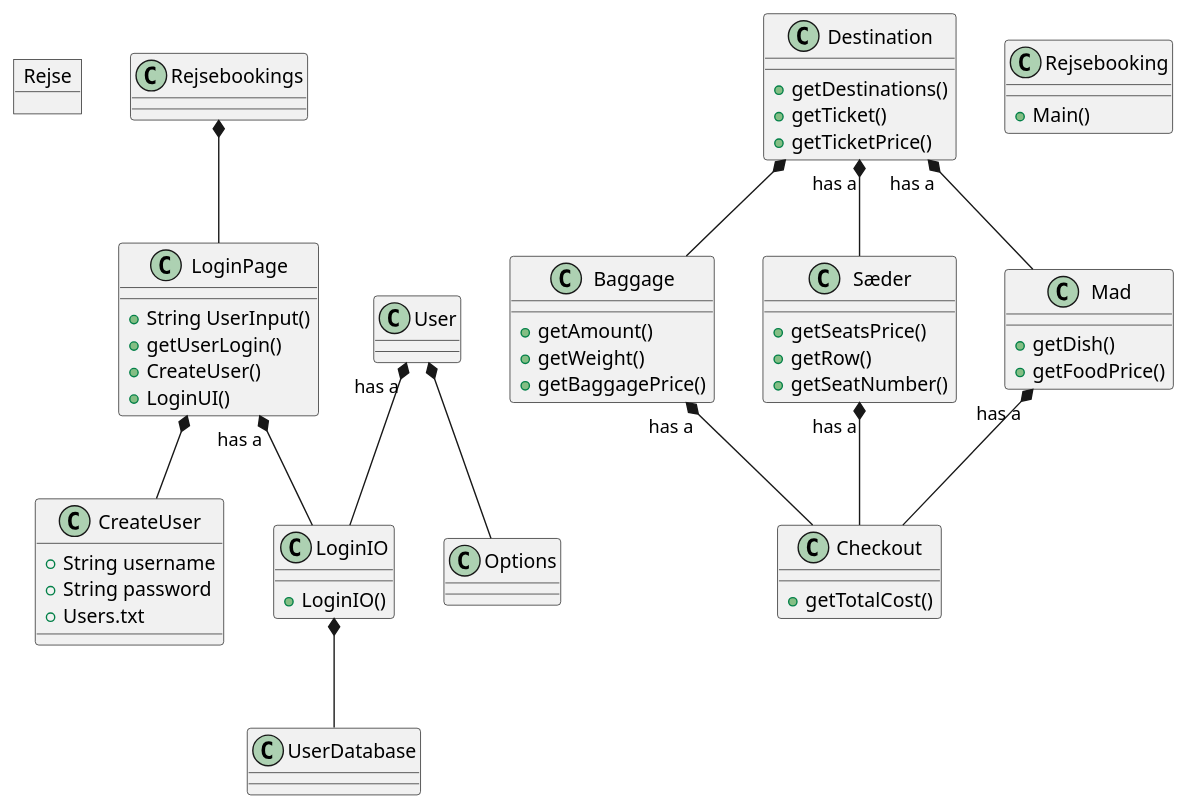
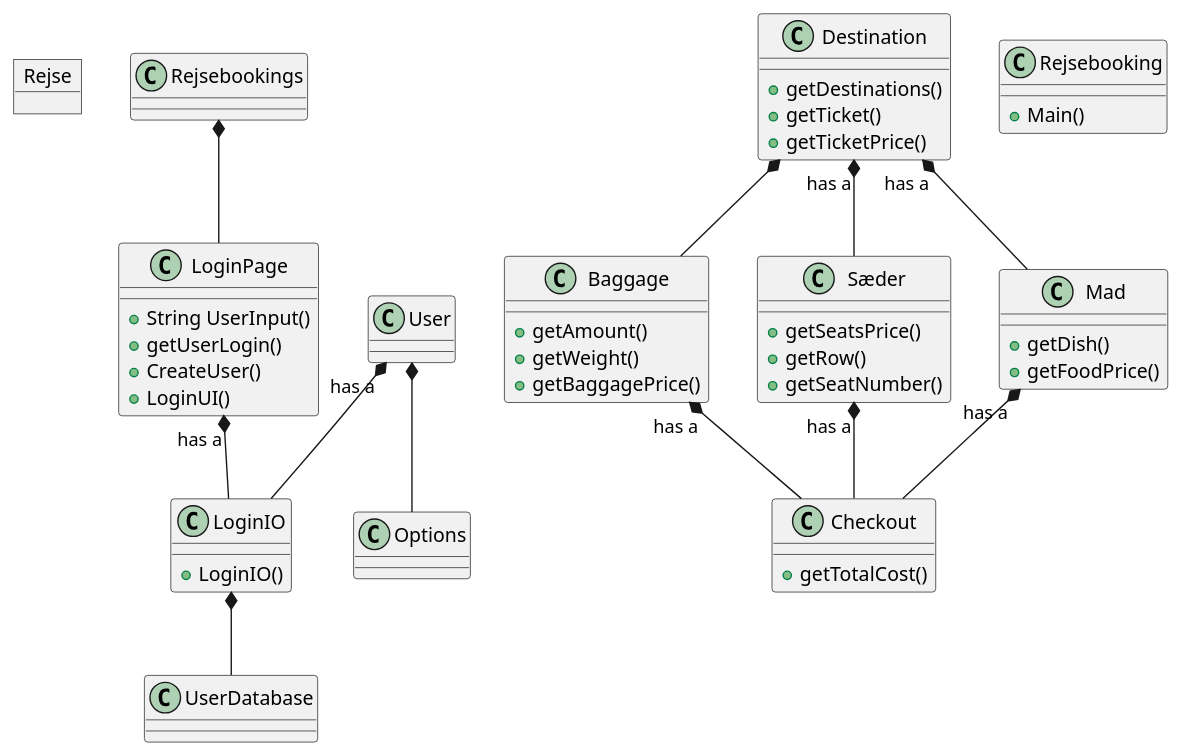
The diagram in Java/Rejse.puml (Maakasu/ICE-Project), drawn with PlantUML before and after one commit. The commit also changed 11 other files, not shown here.

```diff
--- a/Java/Rejse.puml
+++ b/Java/Rejse.puml
@@ -1,45 +1,41 @@
 @startuml
 'https://plantuml.com/sequence-diagram
 object Rejse
 
 Rejsebookings *-- LoginPage
-LoginPage *-- CreateUser
 LoginPage "has a" *-- LoginIO
 User "has a"*-- LoginIO
 User *-- Options
 
 Destination *-- Baggage
 Destination "has a" *-- Sæder
 Destination "has a" *-- Mad
 Sæder "has a" *-- Checkout
 Baggage "has a" *-- Checkout
 Mad "has a" *-- Checkout
 
 Rejsebooking : + Main()
-CreateUser : + String username
-CreateUser : + String password
-CreateUser : + Users.txt
 LoginPage : + String UserInput()
 LoginPage : + getUserLogin()
 LoginPage : + CreateUser()
 LoginPage : + LoginUI()
 LoginIO : + LoginIO()
 LoginIO *-- UserDatabase
 Destination : + getDestinations()
 Destination : + getTicket()
 Destination : + getTicketPrice()
 Baggage : + getAmount()
 Baggage : + getWeight()
 Baggage : + getBaggagePrice()
 Sæder : + getSeatsPrice()
 Sæder : + getRow()
 Sæder : + getSeatNumber()
 Mad : + getDish()
 Mad : + getFoodPrice()
 Checkout : + getTotalCost()
 
 
 
 
 
 @enduml
```
